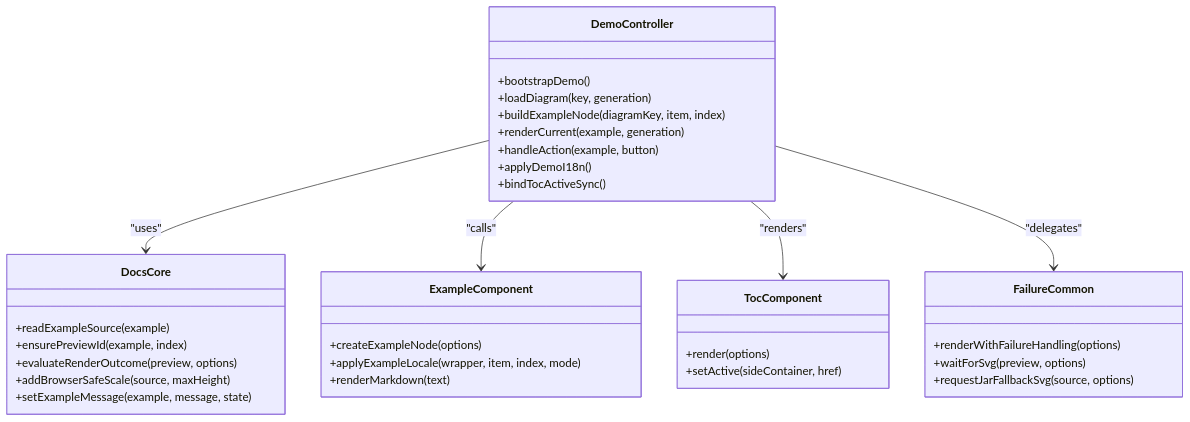
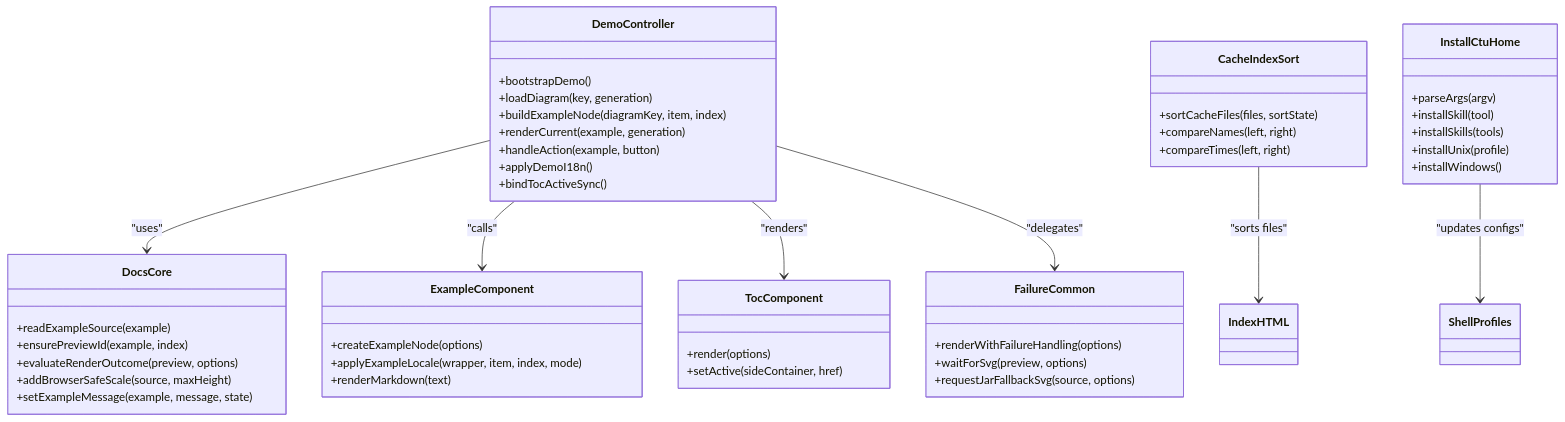
One commit to pingwurth/code-to-uml changed the third of 4 diagrams in .qoder/repowiki/en/content/Core Components/Core Components.md. Above: the diagram before and after it, drawn with Mermaid. The commit also changed other lines of this file and 48 other files, not shown here.

````diff
--- a/.qoder/repowiki/en/content/Core Components/Core Components.md
+++ b/.qoder/repowiki/en/content/Core Components/Core Components.md
@@ -247,37 +349,51 @@
 ```mermaid
 classDiagram
 class DemoController {
 +bootstrapDemo()
 +loadDiagram(key, generation)
 +buildExampleNode(diagramKey, item, index)
 +renderCurrent(example, generation)
 +handleAction(example, button)
 +applyDemoI18n()
 +bindTocActiveSync()
 }
 class DocsCore {
 +readExampleSource(example)
 +ensurePreviewId(example, index)
 +evaluateRenderOutcome(preview, options)
 +addBrowserSafeScale(source, maxHeight)
 +setExampleMessage(example, message, state)
 }
 class ExampleComponent {
 +createExampleNode(options)
 +applyExampleLocale(wrapper, item, index, mode)
 +renderMarkdown(text)
 }
 class TocComponent {
 +render(options)
 +setActive(sideContainer, href)
 }
 class FailureCommon {
 +renderWithFailureHandling(options)
 +waitForSvg(preview, options)
 +requestJarFallbackSvg(source, options)
 }
+class CacheIndexSort {
++sortCacheFiles(files, sortState)
++compareNames(left, right)
++compareTimes(left, right)
+}
+class InstallCtuHome {
++parseArgs(argv)
++installSkill(tool)
++installSkills(tools)
++installUnix(profile)
++installWindows()
+}
 DemoController --> DocsCore : "uses"
 DemoController --> ExampleComponent : "calls"
 DemoController --> TocComponent : "renders"
 DemoController --> FailureCommon : "delegates"
+CacheIndexSort --> IndexHTML : "sorts files"
+InstallCtuHome --> ShellProfiles : "updates configs"
 ```
````
